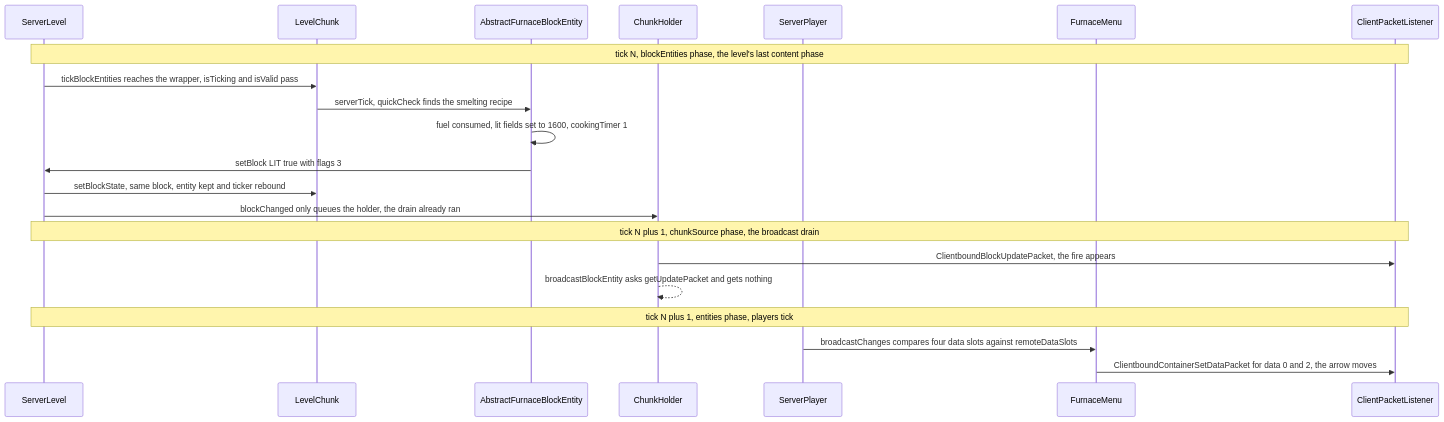
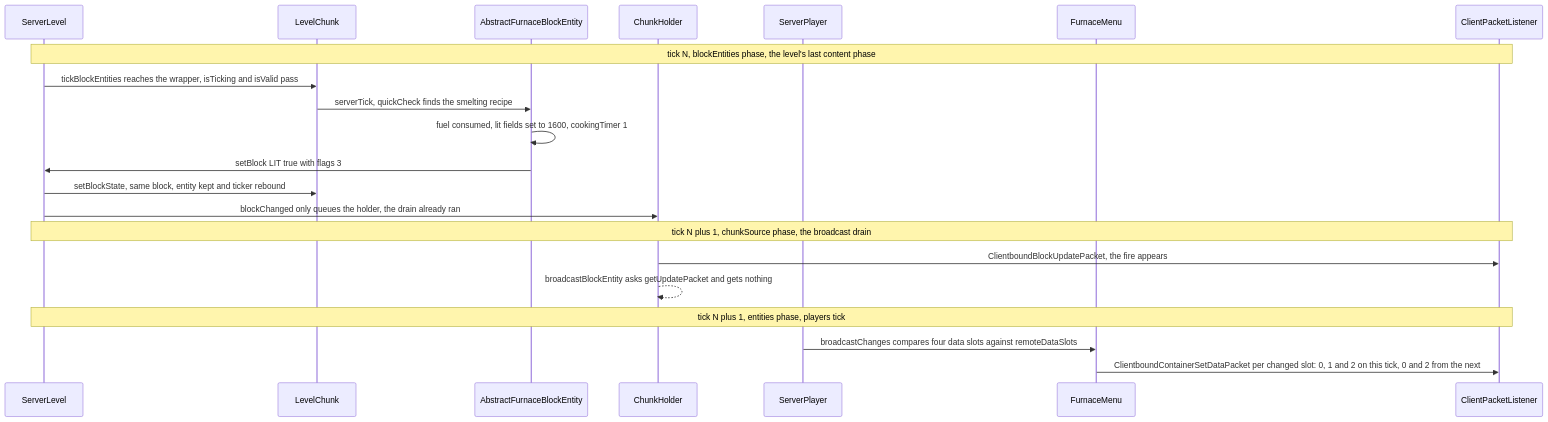
One commit to AlexanderjFraser/MinecraftDocs changed the diagram in src/systems/blocks/block-entities.md. Above: the diagram before and after it, drawn with Mermaid. The commit also changed other lines of this file and 13 other files, not shown here.

````diff
--- a/src/systems/blocks/block-entities.md
+++ b/src/systems/blocks/block-entities.md
@@ -136,23 +147,23 @@
 ```mermaid
 sequenceDiagram
     participant SL as ServerLevel
     participant LC as LevelChunk
     participant AFBE as AbstractFurnaceBlockEntity
     participant CH as ChunkHolder
     participant SP as ServerPlayer
     participant FM as FurnaceMenu
     participant CPL as ClientPacketListener
     Note over SL,CPL: tick N, blockEntities phase, the level's last content phase
     SL->>LC: tickBlockEntities reaches the wrapper, isTicking and isValid pass
     LC->>AFBE: serverTick, quickCheck finds the smelting recipe
     AFBE->>AFBE: fuel consumed, lit fields set to 1600, cookingTimer 1
     AFBE->>SL: setBlock LIT true with flags 3
     SL->>LC: setBlockState, same block, entity kept and ticker rebound
     SL->>CH: blockChanged only queues the holder, the drain already ran
     Note over SL,CPL: tick N plus 1, chunkSource phase, the broadcast drain
     CH->>CPL: ClientboundBlockUpdatePacket, the fire appears
     CH-->>CH: broadcastBlockEntity asks getUpdatePacket and gets nothing
     Note over SL,CPL: tick N plus 1, entities phase, players tick
     SP->>FM: broadcastChanges compares four data slots against remoteDataSlots
-    FM->>CPL: ClientboundContainerSetDataPacket for data 0 and 2, the arrow moves
+    FM->>CPL: ClientboundContainerSetDataPacket per changed slot: 0, 1 and 2 on this tick, 0 and 2 from the next
 ```
````
